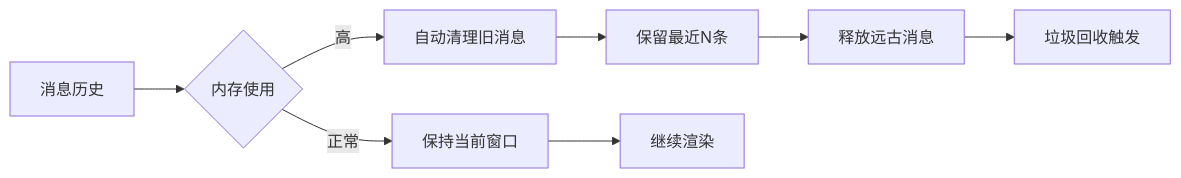
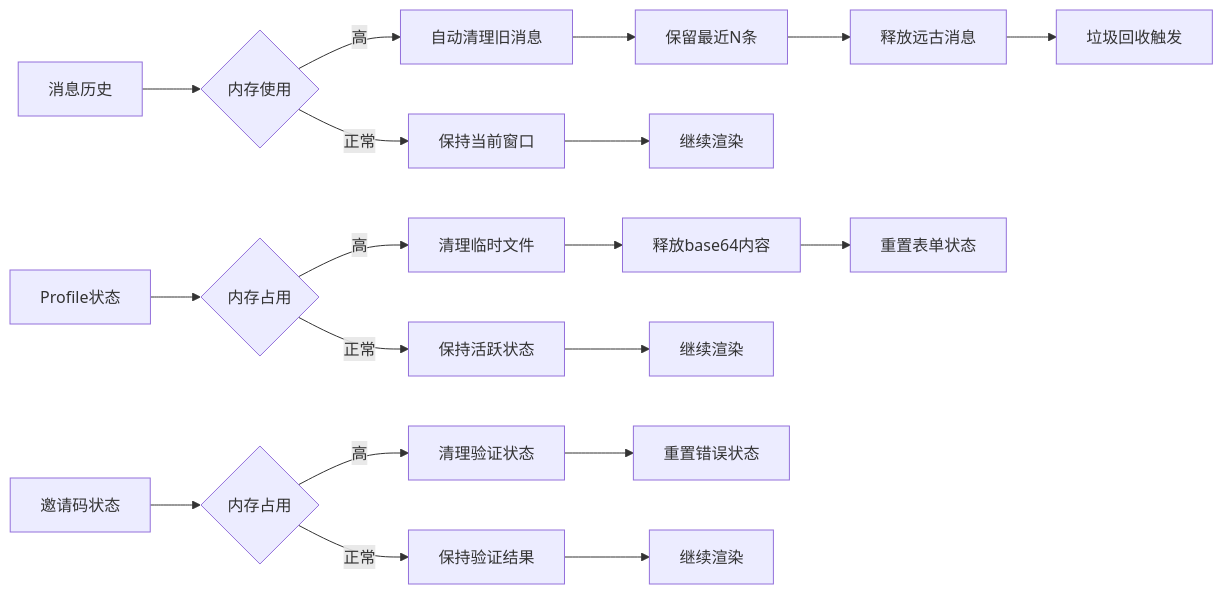
Diagram 31 of 32 in .qoder/repowiki/zh/content/Web界面/UI组件系统/UI组件系统.md (verse-ai-org/openclaw), drawn with Mermaid before and after one commit. The commit also changed other lines of this file and 27 other files, not shown here.

````diff
--- a/.qoder/repowiki/zh/content/Web界面/UI组件系统/UI组件系统.md
+++ b/.qoder/repowiki/zh/content/Web界面/UI组件系统/UI组件系统.md
@@ -1133,10 +1648,21 @@
 ```mermaid
 flowchart LR
 A[消息历史] --> B{内存使用}
 B --> |高| C[自动清理旧消息]
 B --> |正常| D[保持当前窗口]
 C --> E[保留最近N条]
 E --> F[释放远古消息]
 F --> G[垃圾回收触发]
 D --> H[继续渲染]
+I[Profile状态] --> J{内存占用}
+J --> |高| K[清理临时文件]
+J --> |正常| L[保持活跃状态]
+K --> M[释放base64内容]
+M --> N[重置表单状态]
+L --> O[继续渲染]
+P[邀请码状态] --> Q{内存占用}
+Q --> |高| R[清理验证状态]
+Q --> |正常| S[保持验证结果]
+R --> T[重置错误状态]
+S --> U[继续渲染]
 ```
````
